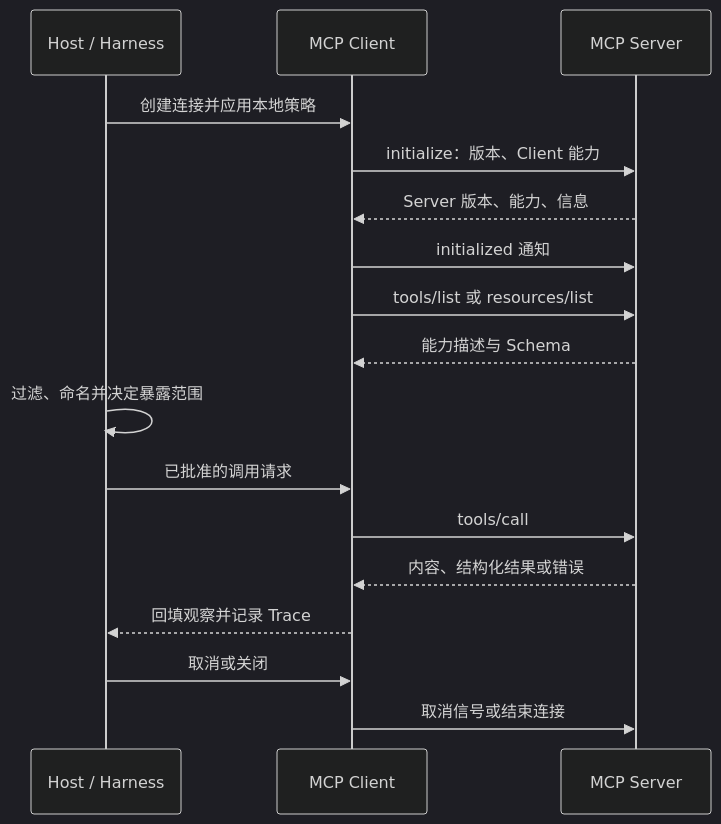
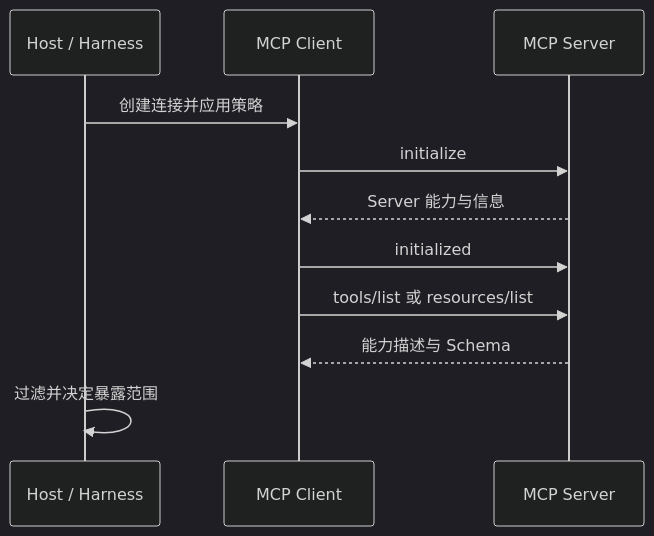
One commit to FoLaJJ/agent-systems-notes changed the sixth of 9 diagrams in docs/11-mcp.md. Above: the diagram before and after it, drawn with Mermaid (dark theme). The commit also changed other lines of this file and 11 other files, not shown here.

Commit message:
Improve Mermaid diagram readability

````diff
--- a/docs/11-mcp.md
+++ b/docs/11-mcp.md
@@ -467,19 +467,13 @@
 ```mermaid
 sequenceDiagram
     participant H as Host / Harness
     participant C as MCP Client
     participant S as MCP Server
-    H->>C: 创建连接并应用本地策略
-    C->>S: initialize：版本、Client 能力
-    S-->>C: Server 版本、能力、信息
-    C->>S: initialized 通知
+    H->>C: 创建连接并应用策略
+    C->>S: initialize
+    S-->>C: Server 能力与信息
+    C->>S: initialized
     C->>S: tools/list 或 resources/list
     S-->>C: 能力描述与 Schema
-    H->>H: 过滤、命名并决定暴露范围
-    H->>C: 已批准的调用请求
-    C->>S: tools/call
-    S-->>C: 内容、结构化结果或错误
-    C-->>H: 回填观察并记录 Trace
-    H->>C: 取消或关闭
-    C->>S: 取消信号或结束连接
+    H->>H: 过滤并决定暴露范围
 ```
````
